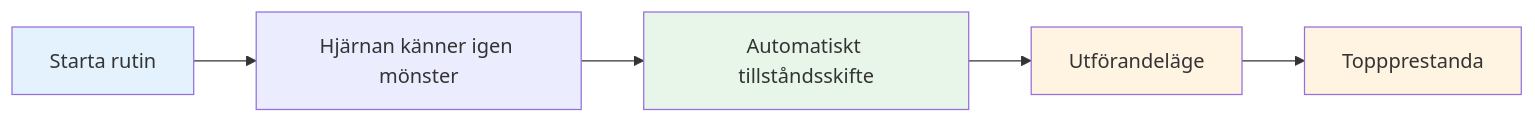
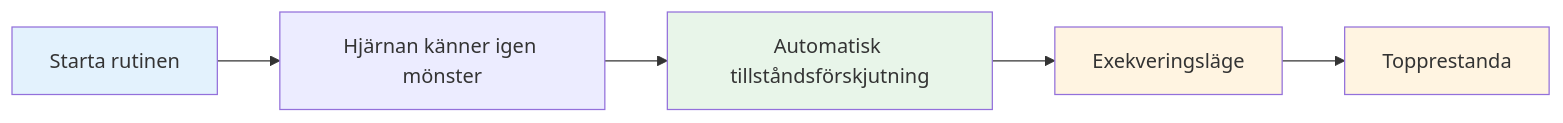
The diagram in docs/sv/education/mental-strength/pre-shot-routine.md (patwii/petanque-academy), drawn with Mermaid before and after one commit. The commit also changed other lines of this file and 532 other files, not shown here.

````diff
--- a/docs/sv/education/mental-strength/pre-shot-routine.md
+++ b/docs/sv/education/mental-strength/pre-shot-routine.md
@@ -11,12 +11,12 @@
 ```mermaid
 graph LR
-    A[Starta rutin] --> B[Hjärnan känner igen mönster]
-    B --> C[Automatiskt tillståndsskifte]
-    C --> D[Utförandeläge]
-    D --> E[Toppprestanda]
+    A[Starta rutinen] --> B[Hjärnan känner igen mönster]
+    B --> C[Automatisk tillståndsförskjutning]
+    C --> D[Exekveringsläge]
+    D --> E[Topprestanda]
 
     style A fill:#e3f2fd
     style C fill:#e8f5e9
     style D fill:#fff4e1
     style E fill:#fff4e1
 ```
````
